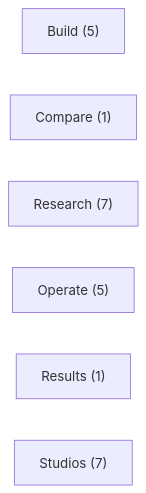
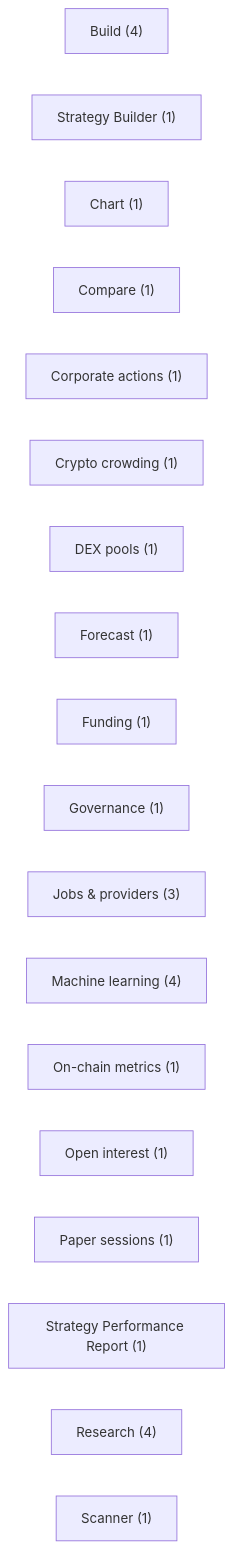
Before and after one commit to tradingsystem1880-eng/Project-ALPHA: the diagram in docs/atlas/frontend-flow.md, drawn with Mermaid. The commit also changed other lines of this file and 114 other files, not shown here.

````diff
--- a/docs/atlas/frontend-flow.md
+++ b/docs/atlas/frontend-flow.md
@@ -8,9 +8,21 @@
 ```mermaid
 flowchart LR
-    n0["Build (5)"]
-    n1["Compare (1)"]
-    n2["Research (7)"]
-    n3["Operate (5)"]
-    n4["Results (1)"]
-    n5["Studios (7)"]
+    n0["Build (4)"]
+    n1["Strategy Builder (1)"]
+    n2["Chart (1)"]
+    n3["Compare (1)"]
+    n4["Corporate actions (1)"]
+    n5["Crypto crowding (1)"]
+    n6["DEX pools (1)"]
+    n7["Forecast (1)"]
+    n8["Funding (1)"]
+    n9["Governance (1)"]
+    n10["Jobs & providers (3)"]
+    n11["Machine learning (4)"]
+    n12["On-chain metrics (1)"]
+    n13["Open interest (1)"]
+    n14["Paper sessions (1)"]
+    n15["Strategy Performance Report (1)"]
+    n16["Research (4)"]
+    n17["Scanner (1)"]
 ```
````
